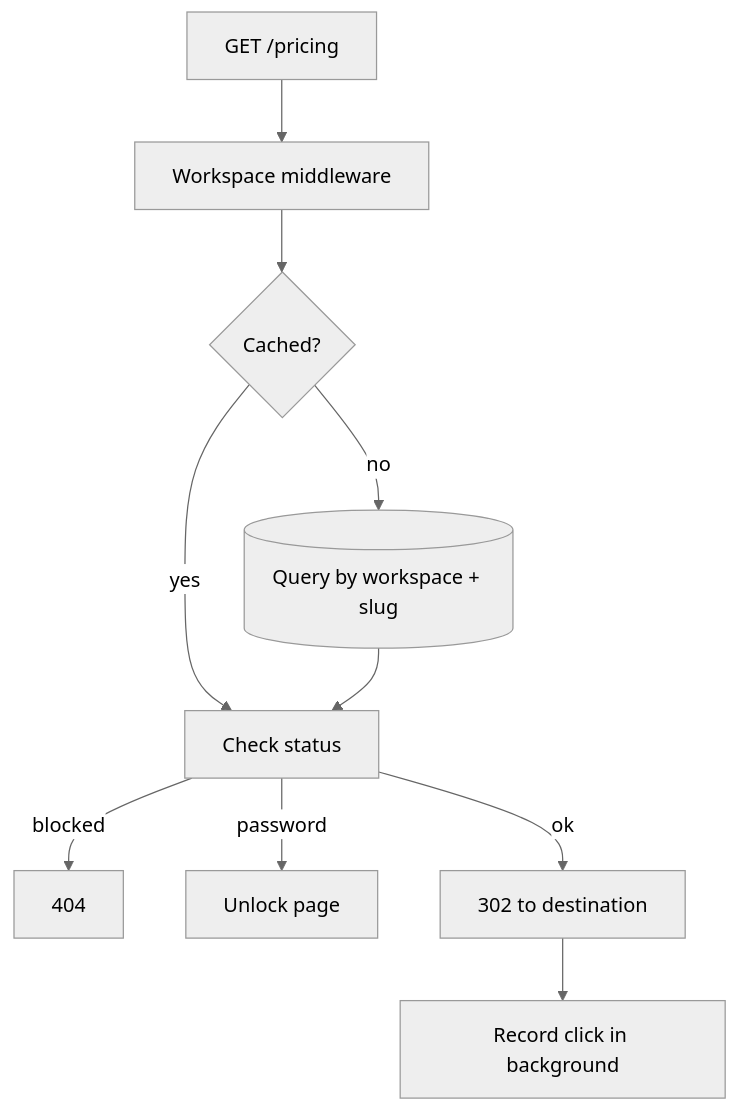
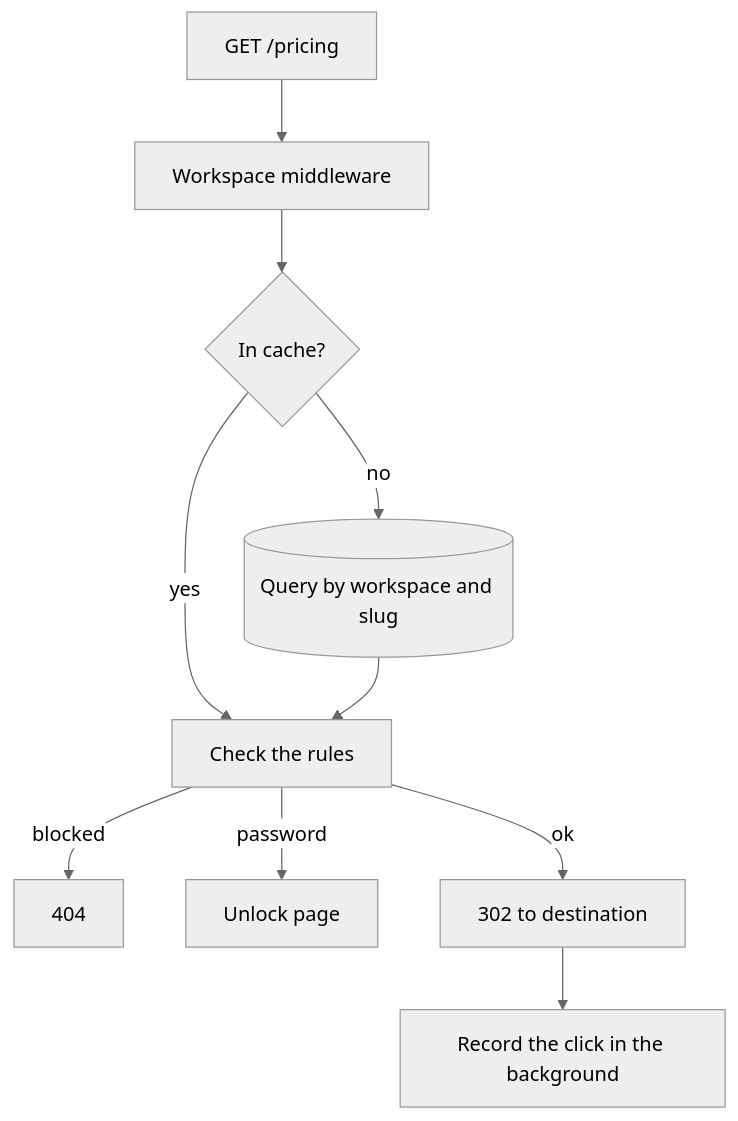
One commit to hamedniroomand/masir changed the diagram in docs/project/architecture.md. Above: the diagram before and after it, drawn with Mermaid (neutral theme). The commit also changed other lines of this file and 29 other files, not shown here.

````diff
--- a/docs/project/architecture.md
+++ b/docs/project/architecture.md
@@ -9,12 +10,12 @@
 ```mermaid
 flowchart TD
   A[GET /pricing] --> B[Workspace middleware]
-  B --> C{Cached?}
-  C -->|yes| E[Check status]
-  C -->|no| D[(Query by workspace + slug)]
+  B --> C{In cache?}
+  C -->|yes| E[Check the rules]
+  C -->|no| D[(Query by workspace and slug)]
   D --> E
   E -->|blocked| F[404]
   E -->|password| G[Unlock page]
   E -->|ok| H[302 to destination]
-  H --> I[Record click in background]
+  H --> I[Record the click in the background]
 ```
````
